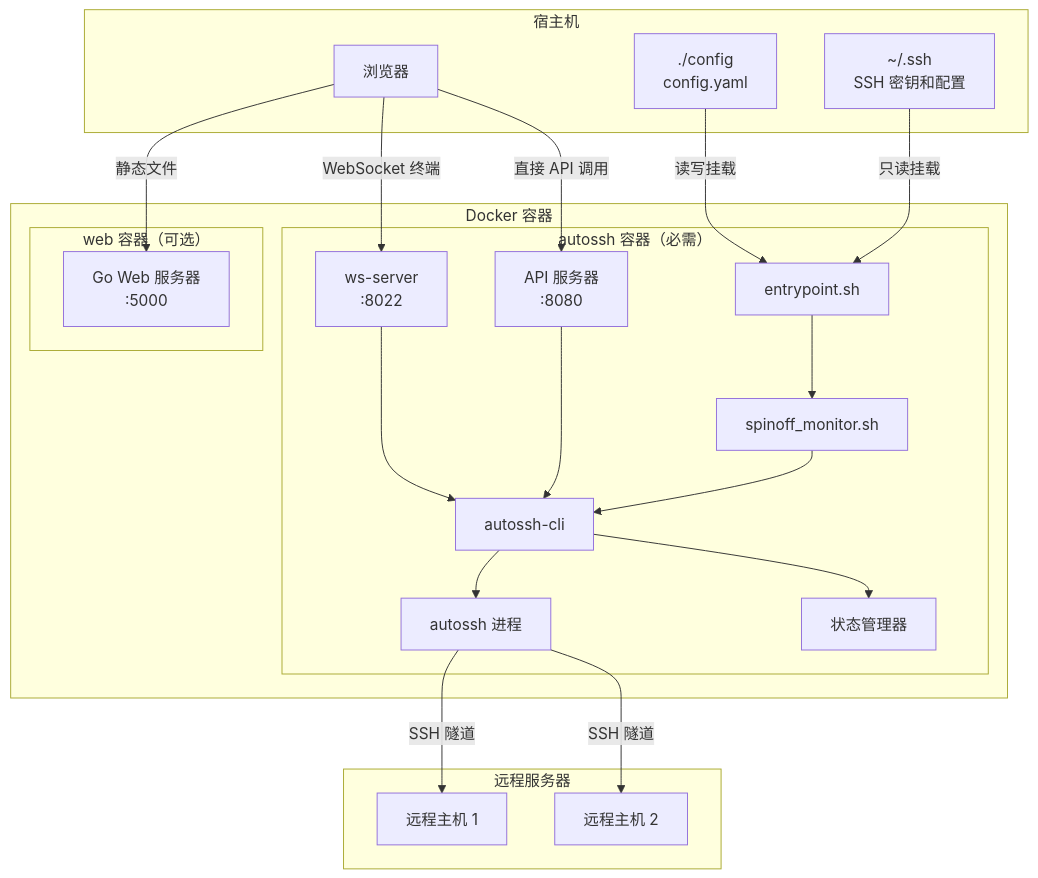
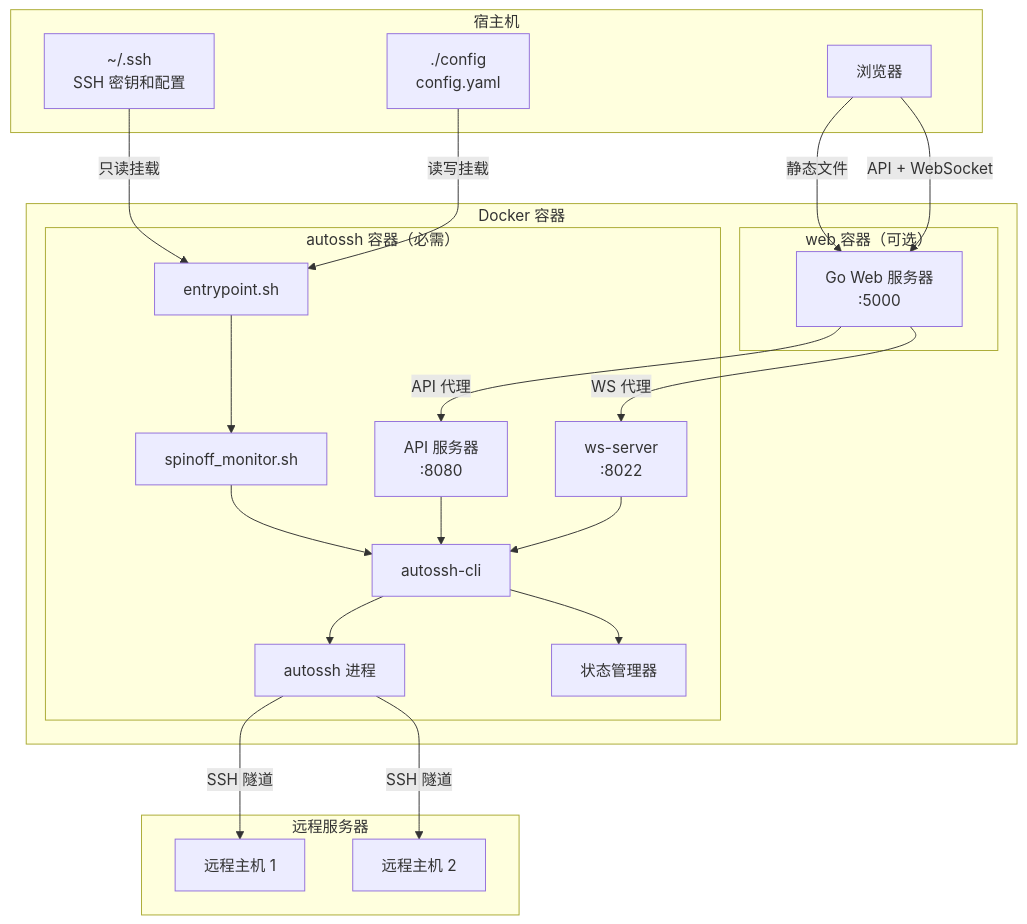
One commit to Oaklight/autossh-tunnel-dockerized changed the first of 3 diagrams in docs/architecture.md. Above: the diagram before and after it, drawn with Mermaid. The commit also changed other lines of this file and 2 other files, not shown here.

First line of the commit message:
docs: update architecture docs for API proxy pattern

````diff
--- a/docs/architecture.md
+++ b/docs/architecture.md
@@ -15,46 +15,47 @@
 ```mermaid
 graph TB
     subgraph "宿主机"
         SSH[~/.ssh<br/>SSH 密钥和配置]
         CONFIG[./config<br/>config.yaml]
         BROWSER[浏览器]
     end
 
     subgraph "Docker 容器"
         subgraph "autossh 容器（必需）"
             ENTRY[entrypoint.sh]
             MONITOR[spinoff_monitor.sh]
             CLI[autossh-cli]
             API[API 服务器<br/>:8080]
             WSSERVER[ws-server<br/>:8022]
             AUTOSSH[autossh 进程]
             STATE[状态管理器]
         end
 
         subgraph "web 容器（可选）"
             WEBSERVER[Go Web 服务器<br/>:5000]
         end
     end
 
     subgraph "远程服务器"
         REMOTE1[远程主机 1]
         REMOTE2[远程主机 2]
     end
 
     SSH -->|只读挂载| ENTRY
     CONFIG -->|读写挂载| ENTRY
     BROWSER -->|静态文件| WEBSERVER
 
     ENTRY --> MONITOR
     MONITOR --> CLI
     CLI --> STATE
     CLI --> AUTOSSH
     API --> CLI
     WSSERVER --> CLI
 
-    BROWSER -->|直接 API 调用| API
-    BROWSER -->|WebSocket 终端| WSSERVER
+    BROWSER -->|API + WebSocket| WEBSERVER
+    WEBSERVER -->|API 代理| API
+    WEBSERVER -->|WS 代理| WSSERVER
 
     AUTOSSH -->|SSH 隧道| REMOTE1
     AUTOSSH -->|SSH 隧道| REMOTE2
 ```
````
